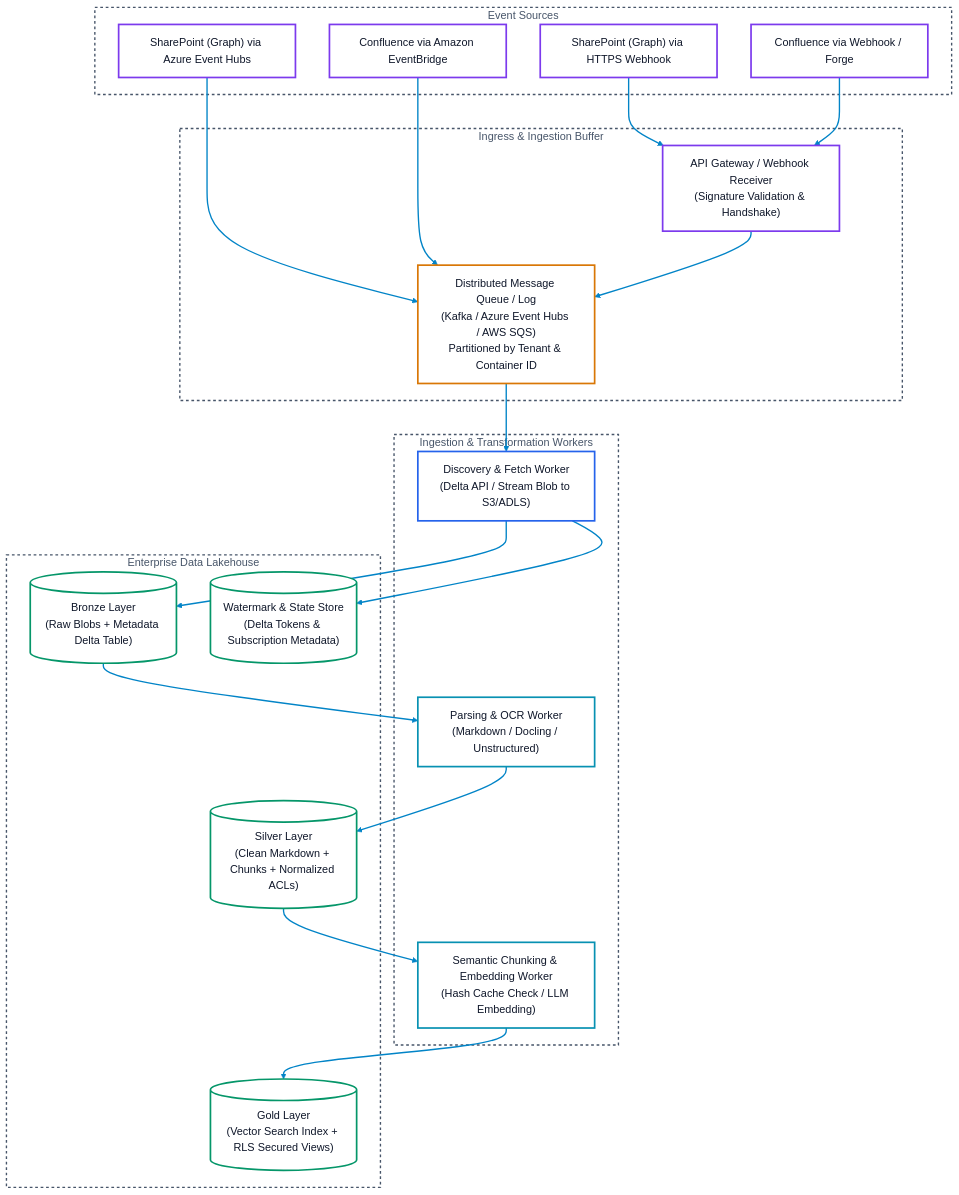
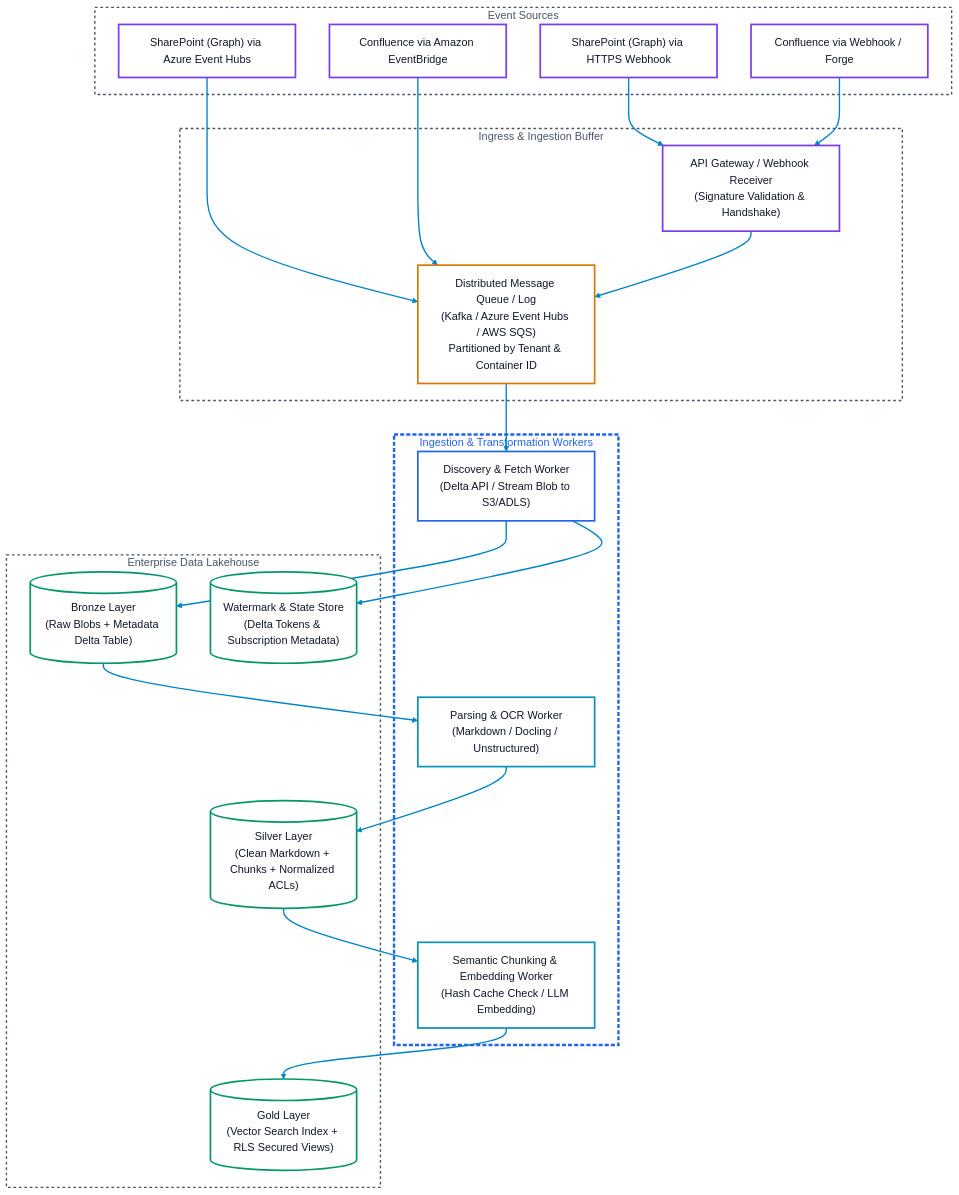
Before and after one commit to toanbui626391/document_ingestors: the first of 2 diagrams in docs/researchs/architecture_and_pipeline_patterns.md, drawn with Mermaid. The commit also changed 5 other files, not shown here.

````diff
--- a/docs/researchs/architecture_and_pipeline_patterns.md
+++ b/docs/researchs/architecture_and_pipeline_patterns.md
@@ -12,59 +12,59 @@
 ```mermaid
 flowchart TD
     subgraph Sources ["Event Sources"]
         SP_Hub["SharePoint (Graph) via Azure Event Hubs"]:::purple
         SP_Hook["SharePoint (Graph) via HTTPS Webhook"]:::purple
         CF_EB["Confluence via Amazon EventBridge"]:::purple
         CF_Hook["Confluence via Webhook / Forge"]:::purple
     end
 
     subgraph Ingress ["Ingress & Ingestion Buffer"]
         Gateway["API Gateway / Webhook Receiver\n(Signature Validation & Handshake)"]:::purple
         Buffer["Distributed Message Queue / Log\n(Kafka / Azure Event Hubs / AWS SQS)\nPartitioned by Tenant & Container ID"]:::amber
     end
 
     subgraph Workers ["Ingestion & Transformation Workers"]
         CrawlWorker["Discovery & Fetch Worker\n(Delta API / Stream Blob to S3/ADLS)"]:::blue
         ExtractWorker["Parsing & OCR Worker\n(Markdown / Docling / Unstructured)"]:::cyan
         ChunkWorker["Semantic Chunking & Embedding Worker\n(Hash Cache Check / LLM Embedding)"]:::cyan
     end
 
     subgraph Lakehouse ["Enterprise Data Lakehouse"]
         Bronze[("Bronze Layer\n(Raw Blobs + Metadata Delta Table)")]:::green
         Silver[("Silver Layer\n(Clean Markdown + Chunks + Normalized ACLs)")]:::green
         Gold[("Gold Layer\n(Vector Search Index + RLS Secured Views)")]:::green
         StateDB[("Watermark & State Store\n(Delta Tokens & Subscription Metadata)")]:::green
     end
 
     SP_Hub --> Buffer
     CF_EB --> Buffer
     SP_Hook --> Gateway
     CF_Hook --> Gateway
     Gateway --> Buffer
 
     Buffer --> CrawlWorker
     CrawlWorker --> Bronze
     CrawlWorker --> StateDB
     Bronze --> ExtractWorker
     ExtractWorker --> Silver
     Silver --> ChunkWorker
     ChunkWorker --> Gold
 
-    %% Subgraphs: Clean transparent bounding boxes with distinct slate borders
+    %% Subgraphs: Clean transparent bounding boxes with visual hierarchy (Bigger container = thicker border)
     style Sources fill:none,stroke:#475569,stroke-width:2px,stroke-dasharray: 4 4,color:#475569
     style Ingress fill:none,stroke:#475569,stroke-width:2px,stroke-dasharray: 4 4,color:#475569
-    style Workers fill:none,stroke:#475569,stroke-width:2px,stroke-dasharray: 4 4,color:#475569
+    style Workers fill:none,stroke:#2563eb,stroke-width:3.5px,stroke-dasharray: 6 3,color:#2563eb
     style Lakehouse fill:none,stroke:#475569,stroke-width:2px,stroke-dasharray: 4 4,color:#475569
 
     %% High-Visibility Link Arrows (Vivid Cobalt Blue)
     linkStyle default stroke:#0284c7,stroke-width:2px
 
     %% High-Luminance Card Palette (WCAG AAA Compliant: Crisp #0f172a Text on #ffffff Tiles)
     classDef default fill:#ffffff,stroke:#475569,stroke-width:2.5px,color:#0f172a;
     classDef blue    fill:#ffffff,stroke:#2563eb,stroke-width:2.5px,color:#0f172a;
     classDef green   fill:#ffffff,stroke:#059669,stroke-width:2.5px,color:#0f172a;
     classDef amber   fill:#ffffff,stroke:#d97706,stroke-width:2.5px,color:#0f172a;
     classDef purple  fill:#ffffff,stroke:#7c3aed,stroke-width:2.5px,color:#0f172a;
     classDef red     fill:#ffffff,stroke:#dc2626,stroke-width:2.5px,color:#0f172a;
     classDef cyan    fill:#ffffff,stroke:#0891b2,stroke-width:2.5px,color:#0f172a;
 ```
````
